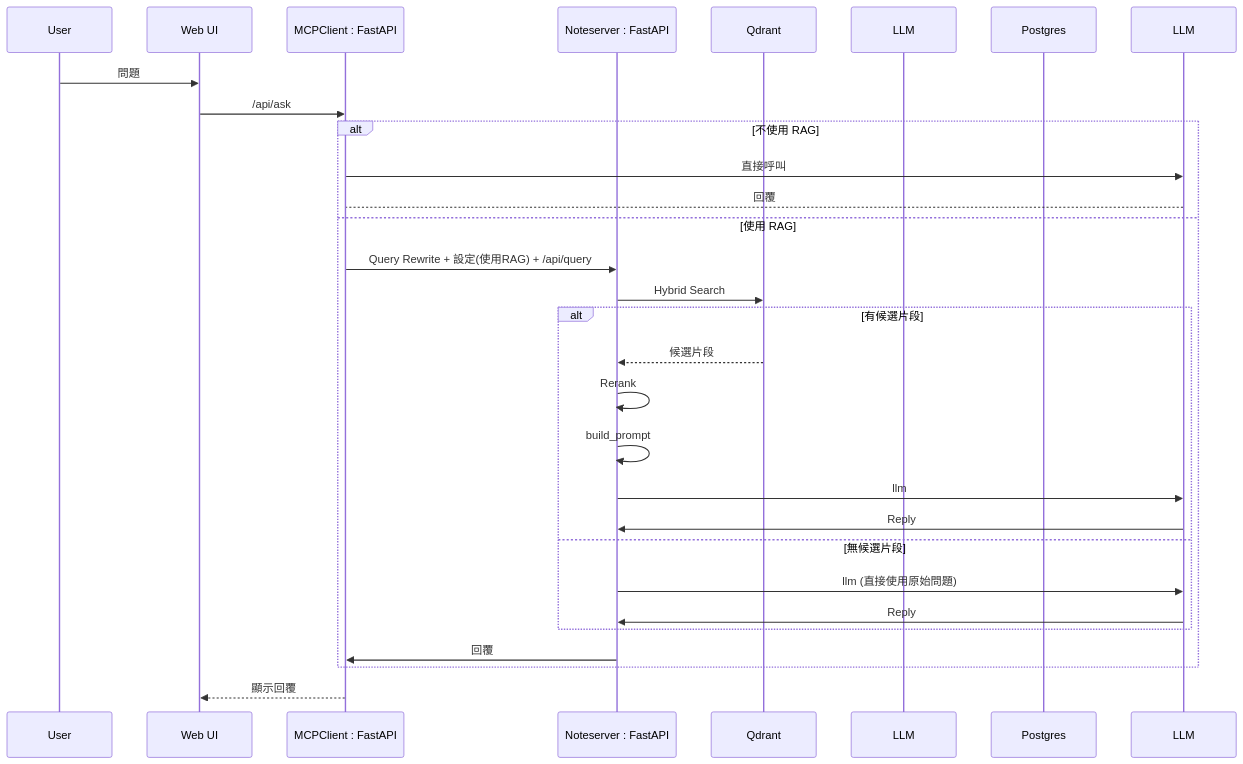
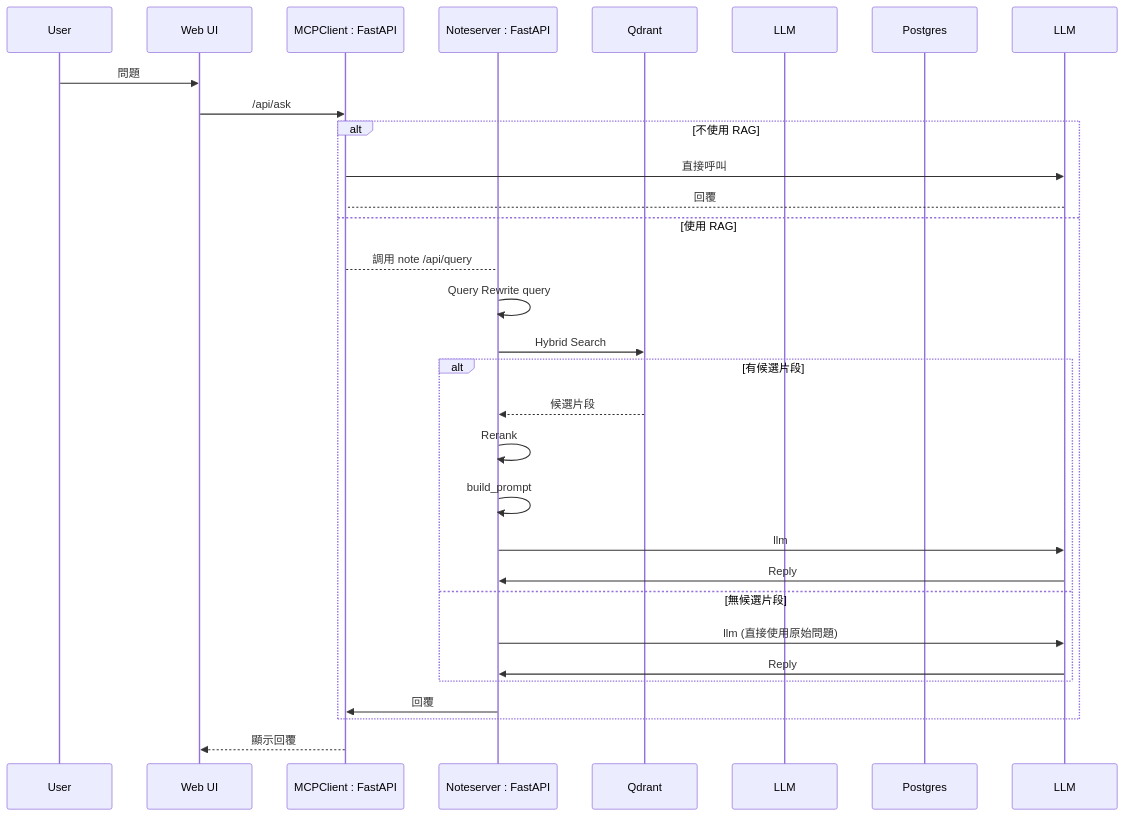
The second of 3 diagrams in docs/技術說明書.md (a920604a/llm-assistant), drawn with Mermaid before and after one commit. The commit also changed 21 other files, not shown here.

````diff
--- a/docs/技術說明書.md
+++ b/docs/技術說明書.md
@@ -81,31 +81,32 @@
 ```mermaid
 sequenceDiagram
   participant U as User
   participant FE as Web UI
   participant API as MCPClient : FastAPI
   participant R as Noteserver : FastAPI
   participant Q as Qdrant
   participant L as LLM
   participant DB as Postgres
   U->>FE: 問題
   FE->>API: /api/ask
   alt 不使用 RAG
     API->>LLM: 直接呼叫
     LLM-->API: 回覆
   else 使用 RAG
-    API->>R:  Query Rewrite + 設定(使用RAG) + /api/query
+    API --> R: 調用 note /api/query
+    R->>R:  Query Rewrite query
     R->>Q: Hybrid Search
     alt 有候選片段
       Q-->>R: 候選片段
       R->>R: Rerank
       R->>R: build_prompt
       R->>LLM: llm
       LLM->>R: Reply
     else 無候選片段
       R->>LLM: llm (直接使用原始問題)
       LLM->>R: Reply
     end
     R->>API: 回覆
   end
   API-->>FE: 顯示回覆
 ```
````
